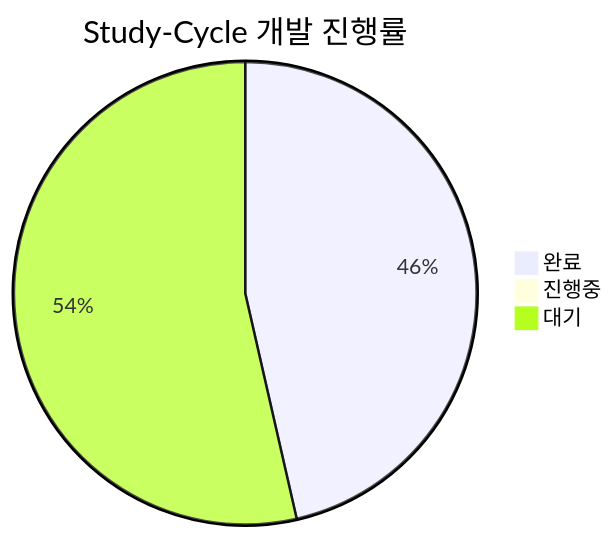
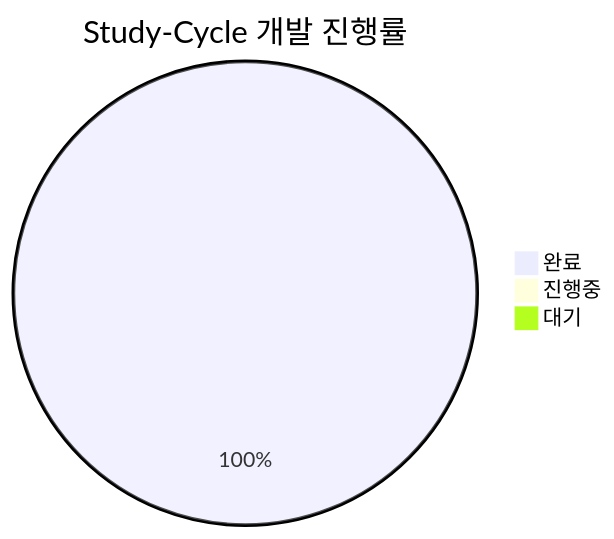
Before and after one commit to positivemultiplier/posmul: the second of 4 diagrams in docs/study-cycle/reports/study-cycle-task-list.md, drawn with Mermaid. The commit also changed other lines of this file and 118 other files, not shown here.

````diff
--- a/docs/study-cycle/reports/study-cycle-task-list.md
+++ b/docs/study-cycle/reports/study-cycle-task-list.md
@@ -282,6 +366,6 @@
 ```mermaid
 pie title Study-Cycle 개발 진행률
-    "완료" : 13
+    "완료" : 28
     "진행중" : 0
-    "대기" : 15
+    "대기" : 0
 ```
````
